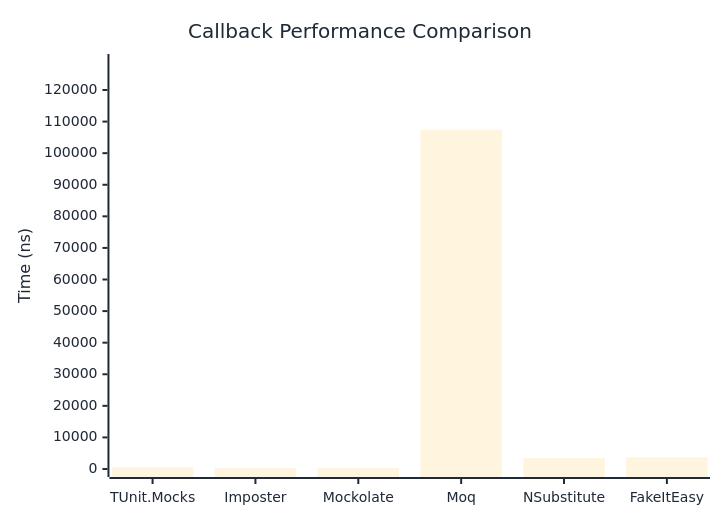
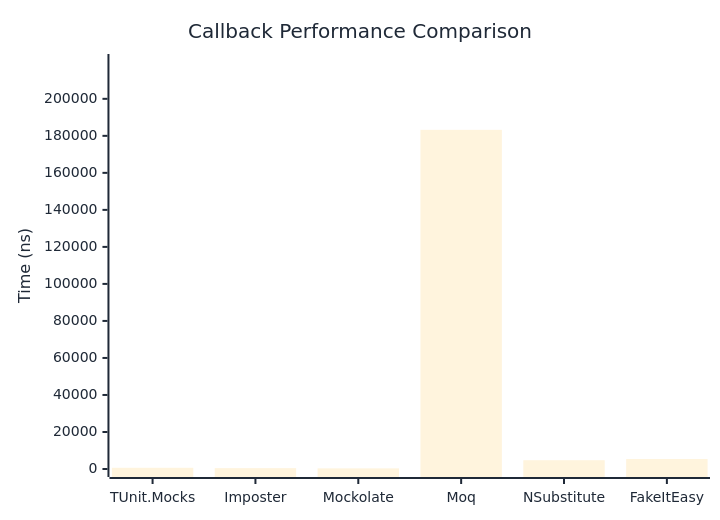
One commit to thomhurst/TUnit changed the first of 2 diagrams in docs/docs/benchmarks/mocks/Callback.md. Above: the diagram before and after it, drawn with Mermaid. The commit also changed other lines of this file and 14 other files, not shown here.

````diff
--- a/docs/docs/benchmarks/mocks/Callback.md
+++ b/docs/docs/benchmarks/mocks/Callback.md
@@ -30,27 +30,27 @@
 ```mermaid
 %%{init: {
   'theme':'base',
   'themeVariables': {
     'primaryColor': '#2563eb',
     'primaryTextColor': '#1f2937',
     'primaryBorderColor': '#1e40af',
     'lineColor': '#6b7280',
     'secondaryColor': '#7c3aed',
     'tertiaryColor': '#dc2626',
     'background': '#ffffff',
     'pie1': '#2563eb',
     'pie2': '#7c3aed',
     'pie3': '#dc2626',
     'pie4': '#f59e0b',
     'pie5': '#10b981',
     'pie6': '#06b6d4',
     'pie7': '#ec4899',
     'pie8': '#6366f1'
   }
 }}%%
 xychart-beta
   title "Callback Performance Comparison"
   x-axis ["TUnit.Mocks", "Imposter", "Mockolate", "Moq", "NSubstitute", "FakeItEasy"]
-  y-axis "Time (ns)" 0 --> 128868
-  bar [555.2, 384.1, 280.2, 107389.9, 3478.1, 3680.7]
+  y-axis "Time (ns)" 0 --> 219895
+  bar [656.8, 472.3, 351.2, 183245.3, 4738.9, 5388.2]
 ```
````
